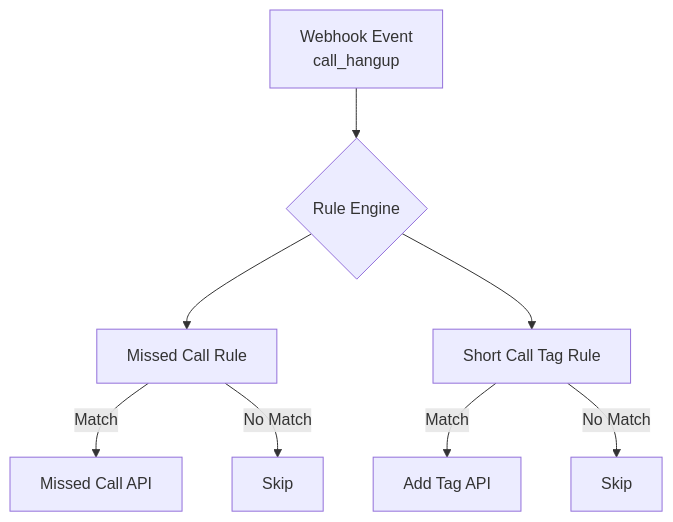
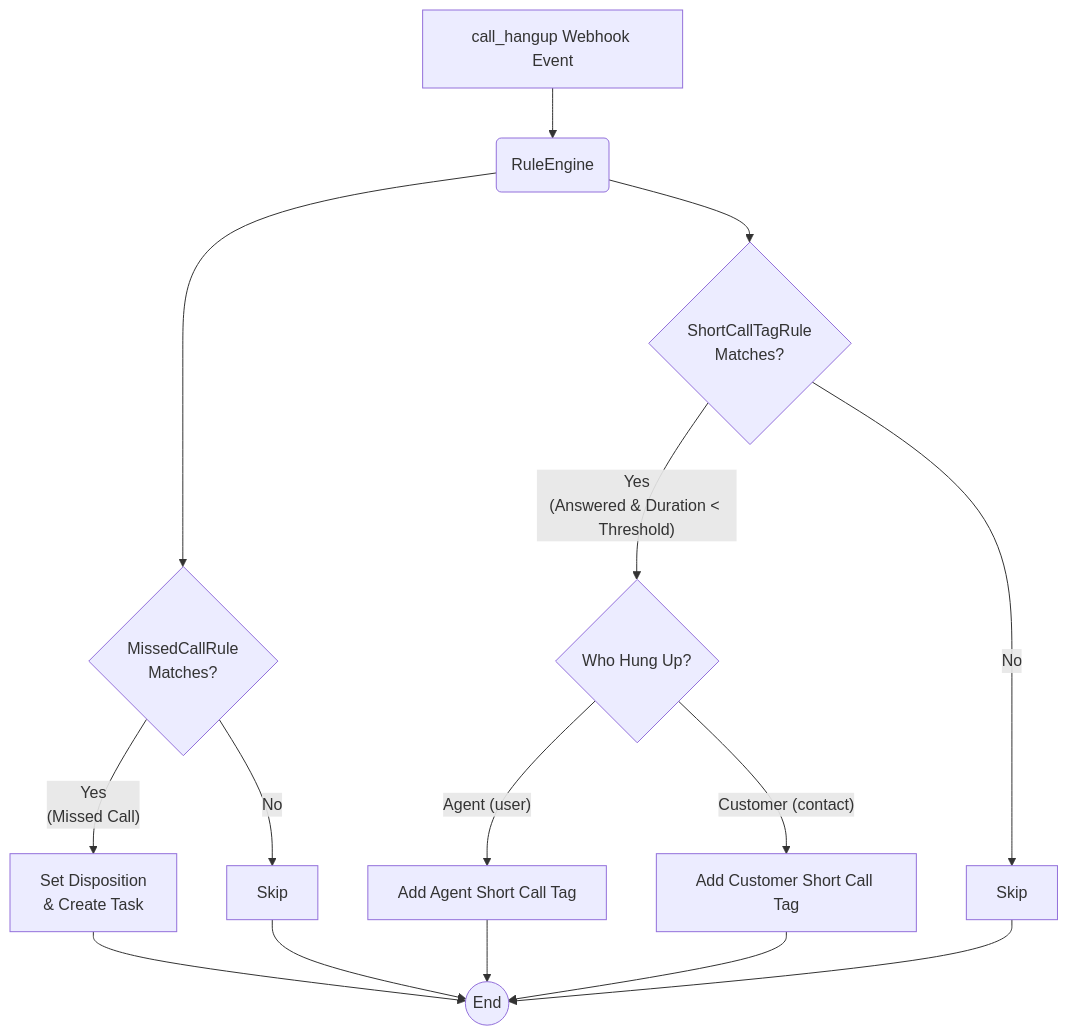
Before and after one commit to hipcall/2026-internship: the diagram in blog/en/08/how-to-tag-short-calls-automatically.md, drawn with Mermaid. The commit also changed 1 other file, not shown here.

Commit message:
fix: 08 makalesindeki Mermaid diyagramı detaylandırılarak güncellendi

````diff
--- a/blog/en/08/how-to-tag-short-calls-automatically.md
+++ b/blog/en/08/how-to-tag-short-calls-automatically.md
@@ -93,13 +93,21 @@
 ```mermaid
 flowchart TD
-    A[Webhook Event<br>call_hangup] --> B{Rule Engine}
+    A[call_hangup Webhook Event] --> B(RuleEngine)
+    B --> C{MissedCallRule<br>Matches?}
+    B --> D{ShortCallTagRule<br>Matches?}
     
-    B --> C[Missed Call Rule]
-    B --> D[Short Call Tag Rule]
+    C -- Yes<br>(Missed Call) --> E[Set Disposition<br>& Create Task]
+    C -- No --> F[Skip]
     
-    C -->|Match| E[Missed Call API]
-    C -->|No Match| F[Skip]
+    D -- Yes<br>(Answered & Duration < Threshold) --> G{Who Hung Up?}
+    D -- No --> H[Skip]
     
-    D -->|Match| G[Add Tag API]
-    D -->|No Match| H[Skip]
+    G -- Agent (user) --> I[Add Agent Short Call Tag]
+    G -- Customer (contact) --> J[Add Customer Short Call Tag]
+    
+    E --> K((End))
+    F --> K
+    I --> K
+    J --> K
+    H --> K
 ```
````
